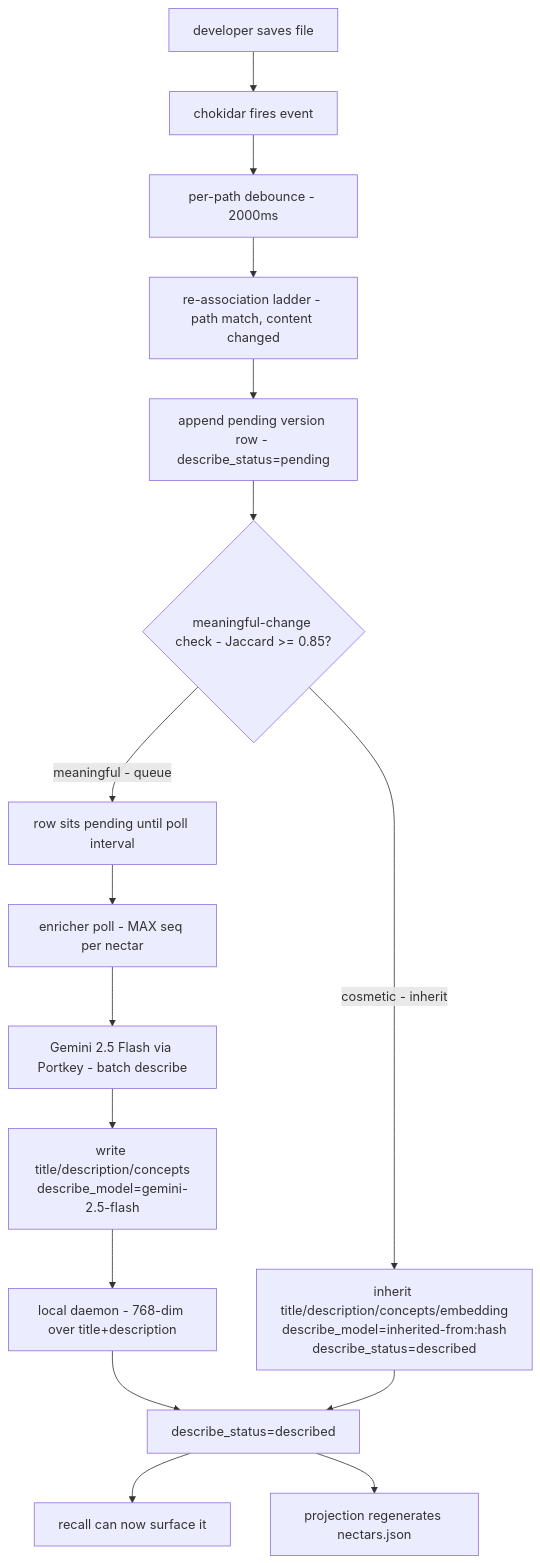
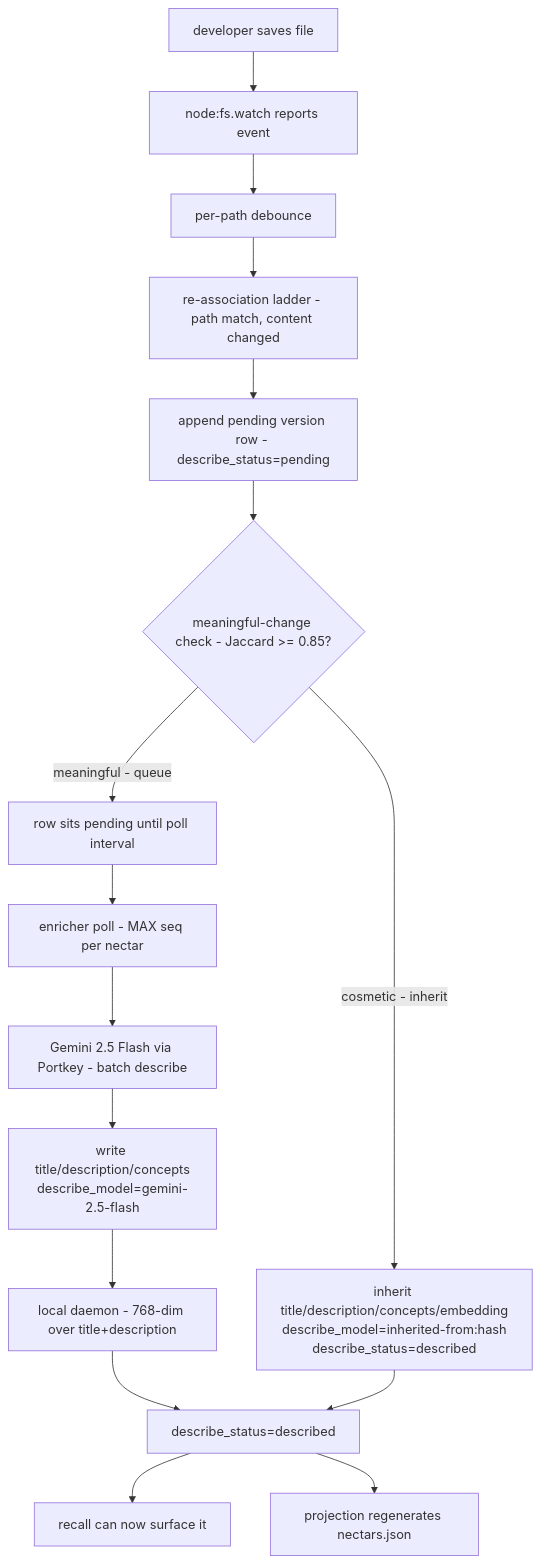
Before and after one commit to legioncodeinc/nectar: the first of 2 diagrams in library/knowledge/private/ai/enricher-deep-dive/enricher-ecosystem-story-arc.md, drawn with Mermaid. The commit also changed other lines of this file and 125 other files, not shown here.

````diff
--- a/library/knowledge/private/ai/enricher-deep-dive/enricher-ecosystem-story-arc.md
+++ b/library/knowledge/private/ai/enricher-deep-dive/enricher-ecosystem-story-arc.md
@@ -29,18 +29,18 @@
 ```mermaid
 flowchart TD
-    save["developer saves file"] --> watcher["chokidar fires event"]
-    watcher --> debounce["per-path debounce - 2000ms"]
+    save["developer saves file"] --> watcher["node:fs.watch reports event"]
+    watcher --> debounce["per-path debounce"]
     debounce --> reassoc["re-association ladder - path match, content changed"]
     reassoc --> append["append pending version row - describe_status=pending"]
     append --> heuristic{"meaningful-change check - Jaccard >= 0.85?"}
     heuristic -->|"cosmetic - inherit"| inherit["inherit title/description/concepts/embedding<br/>describe_model=inherited-from:hash<br/>describe_status=described"]
     heuristic -->|"meaningful - queue"| queue["row sits pending until poll interval"]
     queue --> poll["enricher poll - MAX seq per nectar"]
     poll --> llm["Gemini 2.5 Flash via Portkey - batch describe"]
     llm --> write["write title/description/concepts<br/>describe_model=gemini-2.5-flash"]
     write --> embed["local daemon - 768-dim over title+description"]
     embed --> described["describe_status=described"]
     inherit --> described
     described --> recall["recall can now surface it"]
     described --> projection["projection regenerates nectars.json"]
 ```
````
